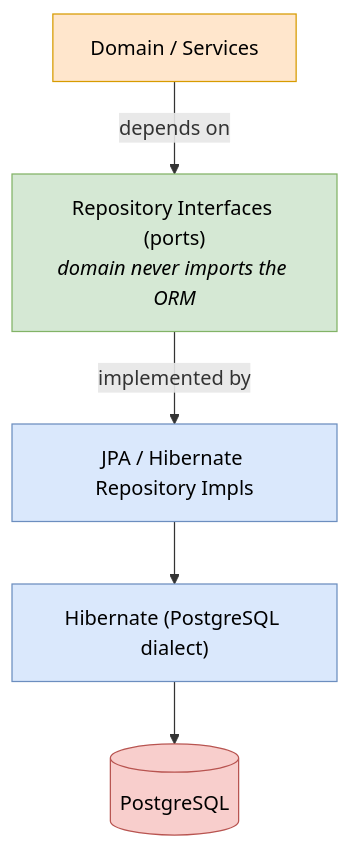
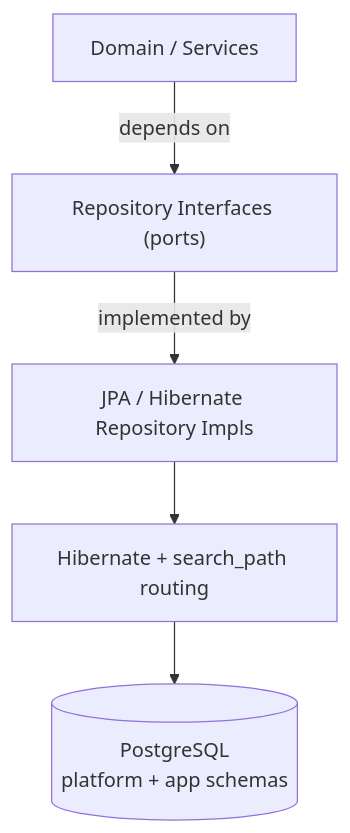
The diagram in docs/06-database.md (DTA0801/SecureOne), drawn with Mermaid before and after one commit. The commit also changed other lines of this file and 97 other files, not shown here.

First line of the commit message:
Add Confluence docs, OAuth client registry, and per-app schema isolation.

````diff
--- a/docs/06-database.md
+++ b/docs/06-database.md
@@ -21,16 +41,7 @@
 ```mermaid
 flowchart TB
-    DOM["Domain / Services"] -- "depends on" --> PORT["Repository Interfaces (ports)<br/><i>domain never imports the ORM</i>"]
+    DOM["Domain / Services"] -- "depends on" --> PORT["Repository Interfaces (ports)"]
     PORT -- "implemented by" --> IMPL["JPA / Hibernate Repository Impls"]
-    IMPL --> HIB["Hibernate (PostgreSQL dialect)"]
-    HIB --> PG[("PostgreSQL")]
-
-    classDef authc fill:#ffe6cc,stroke:#d79b00,color:#000;
-    classDef uic fill:#d5e8d4,stroke:#82b366,color:#000;
-    classDef client fill:#dae8fc,stroke:#6c8ebf,color:#000;
-    classDef store fill:#f8cecc,stroke:#b85450,color:#000;
-    class DOM authc;
-    class PORT uic;
-    class IMPL,HIB client;
-    class PG store;
+    IMPL --> HIB["Hibernate + search_path routing"]
+    HIB --> PG[("PostgreSQL<br/>platform + app schemas")]
 ```
````
